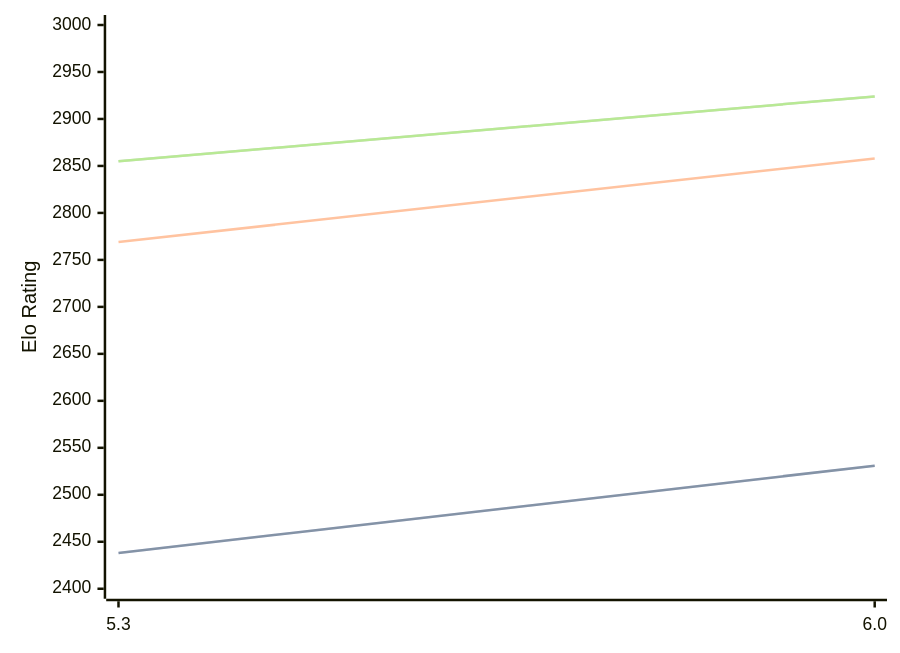
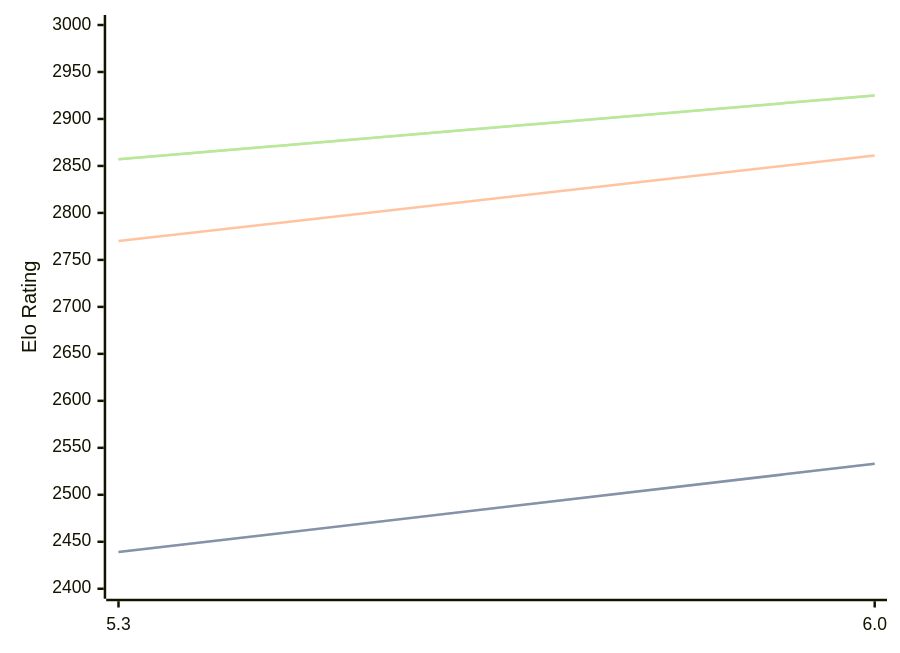
One commit to computer-chess-index/cci changed the diagram in engines/tomitankChess.md. Above: the diagram before and after it, drawn with Mermaid. The commit also changed other lines of this file, not shown here.

Commit message:
Update CCI Ratings (ELO VLTC) - 2026-05-06

````diff
--- a/engines/tomitankChess.md
+++ b/engines/tomitankChess.md
@@ -40,11 +40,11 @@
 ```mermaid
 %%{init: {"theme":"base","themeVariables":{"seriesColors:['#a3a3a3','#222221','#faa371']}}}%%
 xychart-beta
   x-axis ["5.3", "6.0"]
   y-axis "Elo Rating" 2400 --> 3000
-  line "STC (8.0+0.08s)" [2438, 2531]
-  line "STC (8.0+0.08s)" [2438, 2531]
-  line "LTC (60.0+0.60s)" [2769, 2858]
-  line "VLTC (2m24s+1.12s)" [2855, 2924]
-  line "VLTC (2m24s+1.12s)" [2855, 2924]
+  line "STC (8.0+0.08s)" [2439, 2533]
+  line "STC (8.0+0.08s)" [2439, 2533]
+  line "LTC (60.0+0.60s)" [2770, 2861]
+  line "VLTC (2m24s+1.12s)" [2857, 2925]
+  line "VLTC (2m24s+1.12s)" [2857, 2925]
 ```
````
